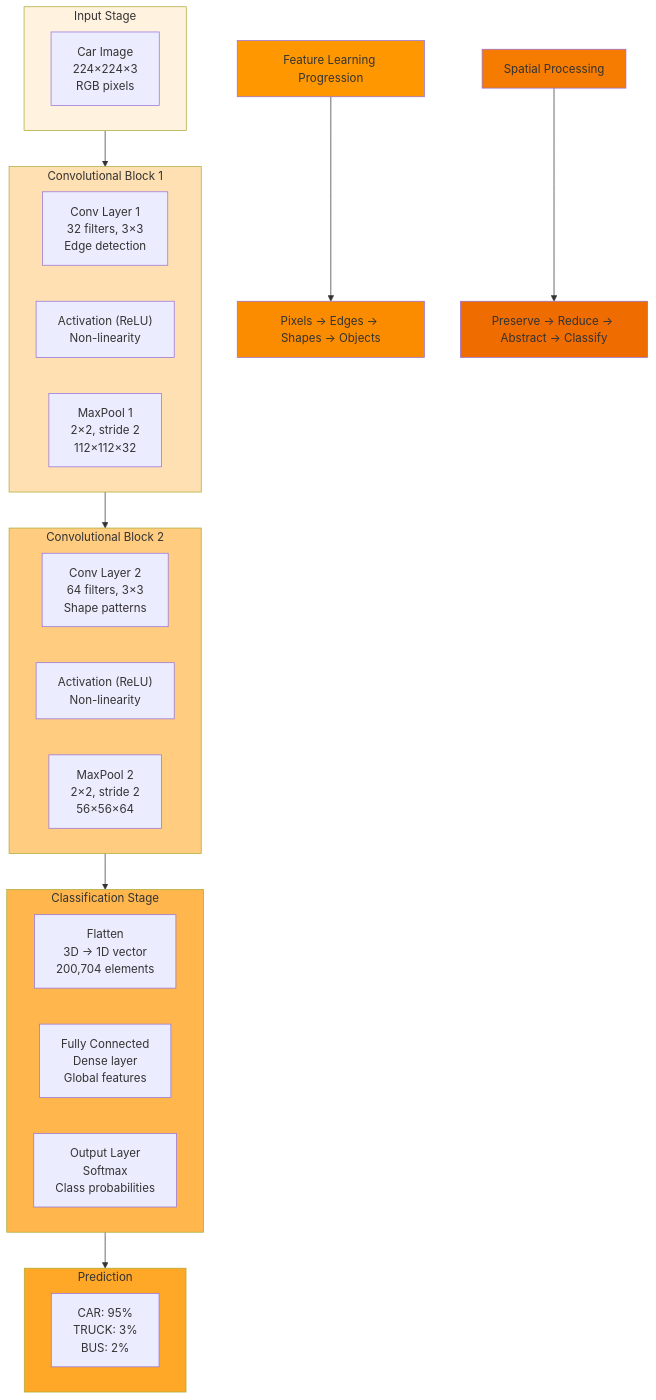
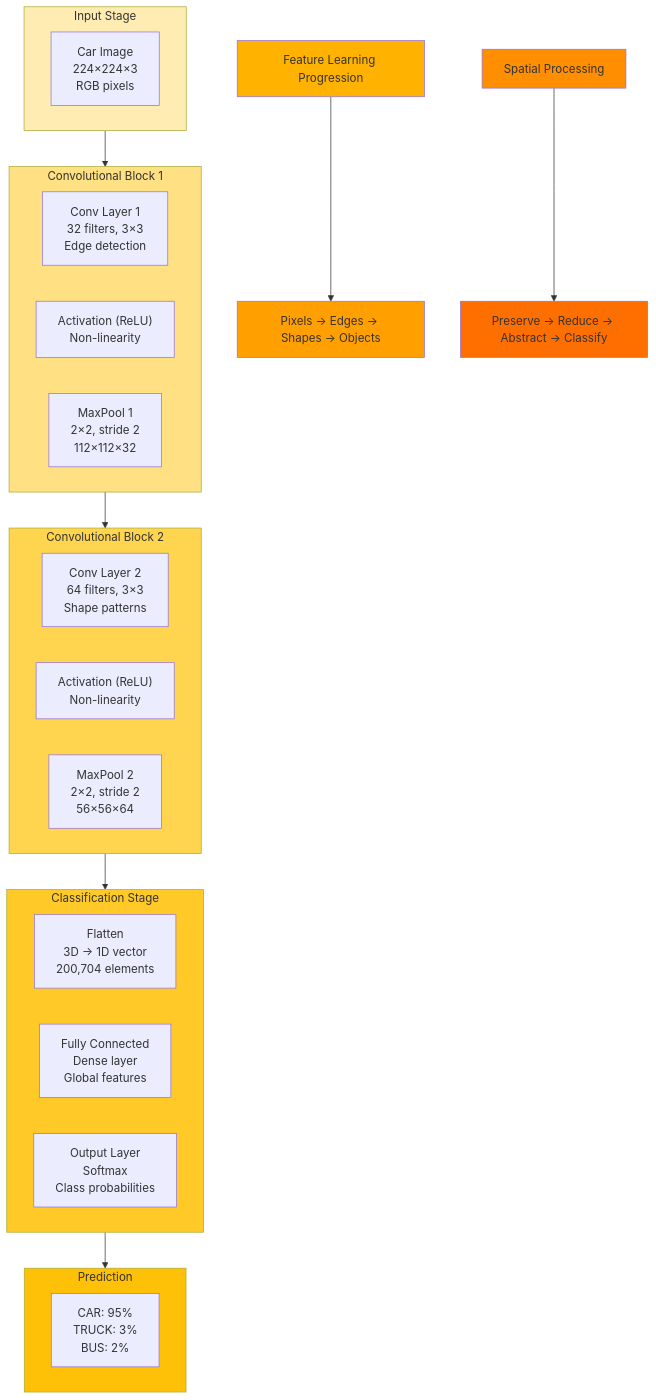
One commit to Chaklader/landmark-classification-cnn changed diagram 30 of 36 in C_1.md. Above: the diagram before and after it, drawn with Mermaid. The commit also changed other lines of this file, not shown here.

````diff
--- a/C_1.md
+++ b/C_1.md
@@ -5772,46 +5794,46 @@
 ```mermaid
 flowchart TD
     subgraph Input["Input Stage"]
         A1["Car Image<br>224×224×3<br>RGB pixels"]
     end
 
     subgraph Conv1["Convolutional Block 1"]
         B1["Conv Layer 1<br>32 filters, 3×3<br>Edge detection"]
         B2["Activation (ReLU)<br>Non-linearity"]
         B3["MaxPool 1<br>2×2, stride 2<br>112×112×32"]
     end
 
     subgraph Conv2["Convolutional Block 2"]
         C1["Conv Layer 2<br>64 filters, 3×3<br>Shape patterns"]
         C2["Activation (ReLU)<br>Non-linearity"]
         C3["MaxPool 2<br>2×2, stride 2<br>56×56×64"]
     end
 
     subgraph Classifier["Classification Stage"]
         D1["Flatten<br>3D → 1D vector<br>200,704 elements"]
         D2["Fully Connected<br>Dense layer<br>Global features"]
         D3["Output Layer<br>Softmax<br>Class probabilities"]
     end
 
     subgraph Result["Prediction"]
         E1["CAR: 95%<br>TRUCK: 3%<br>BUS: 2%"]
     end
 
     Input --> Conv1
     Conv1 --> Conv2
     Conv2 --> Classifier
     Classifier --> Result
 
     F["Feature Learning Progression"] --> G["Pixels → Edges → Shapes → Objects"]
     H["Spatial Processing"] --> I["Preserve → Reduce → Abstract → Classify"]
 
-    style Input fill:#FFF3E0
-    style Conv1 fill:#FFE0B2
-    style Conv2 fill:#FFCC80
-    style Classifier fill:#FFB74D
-    style Result fill:#FFA726
-    style F fill:#FF9800
-    style G fill:#FB8C00
-    style H fill:#F57C00
-    style I fill:#EF6C00
+    style Input fill:#FFECB3
+    style Conv1 fill:#FFE082
+    style Conv2 fill:#FFD54F
+    style Classifier fill:#FFCA28
+    style Result fill:#FFC107
+    style F fill:#FFB300
+    style G fill:#FFA000
+    style H fill:#FF8F00
+    style I fill:#FF6F00
 ```
````
